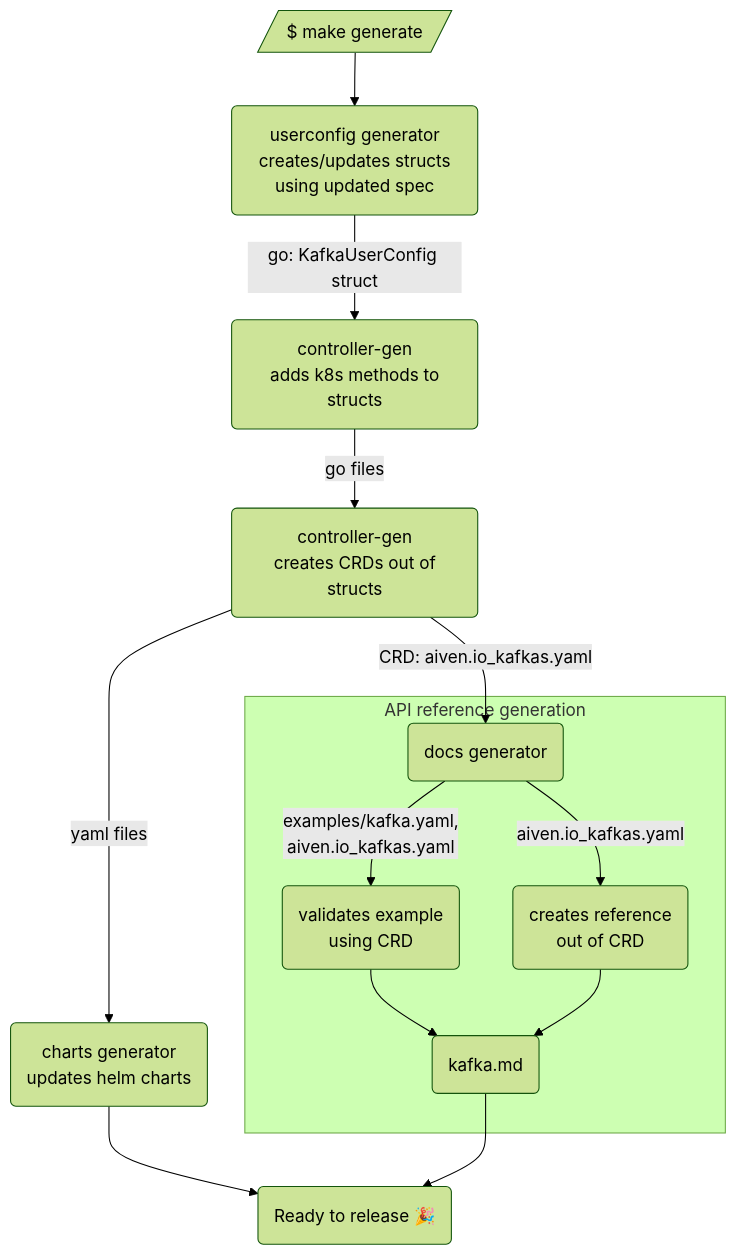
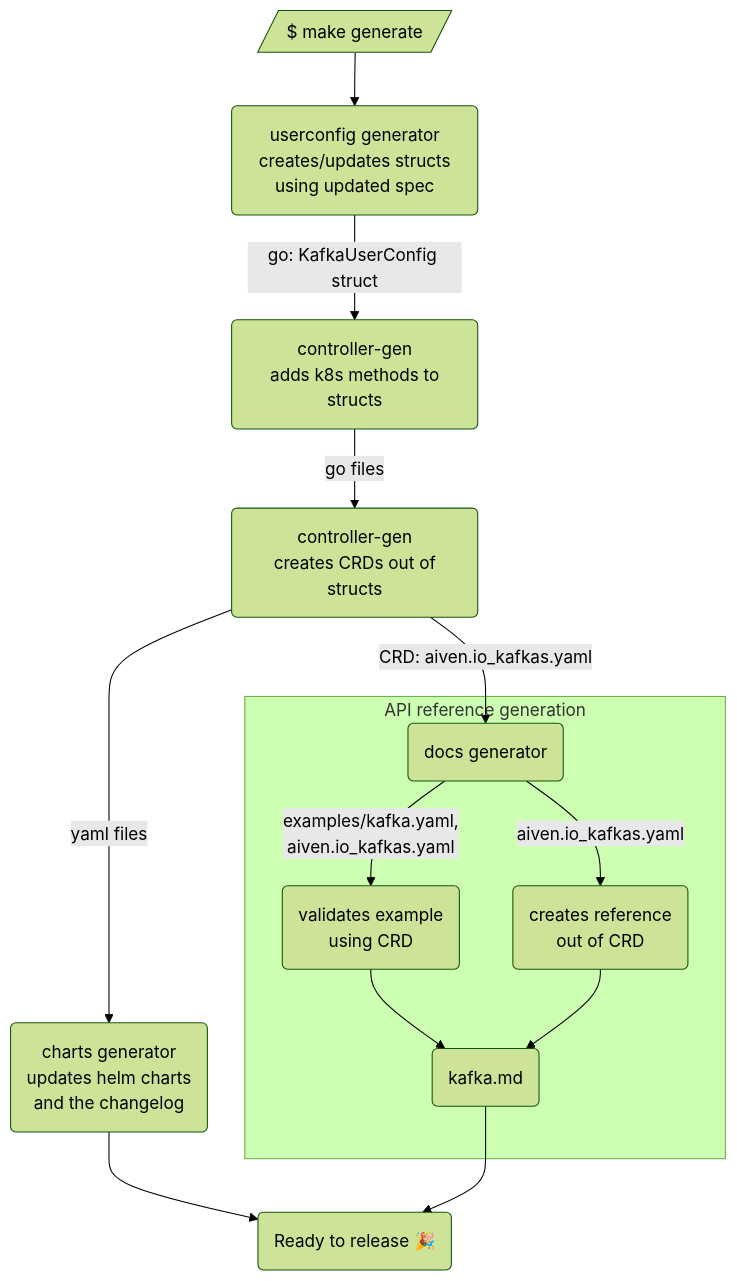
Before and after one commit to aiven/aiven-operator: the second of 2 diagrams in docs/docs/contributing/resource-generation.md, drawn with Mermaid (forest theme). The commit also changed other lines of this file and 6 other files, not shown here.

Commit message:
feat(release): crd changelog generator

````diff
--- a/docs/docs/contributing/resource-generation.md
+++ b/docs/docs/contributing/resource-generation.md
@@ -62,16 +63,16 @@
 ```mermaid
 flowchart TB
     Make[/$ make generate/]-->Generator(userconfig generator<br> creates/updates structs using updated spec)
     Generator-->|go: KafkaUserConfig struct| K8S(controller-gen<br> adds k8s methods to structs)
     K8S-->|go files| CRD(controller-gen<br> creates CRDs out of structs)
     CRD-->|CRD: aiven.io_kafkas.yaml| Docs(docs generator)
     subgraph API reference generation
         Docs-->|aiven.io_kafkas.yaml|Reference(creates reference<br> out of CRD)
         Docs-->|examples/kafka.yaml,<br> aiven.io_kafkas.yaml|Examples(validates example<br> using CRD)
         Examples--> Markdown(creates docs out of CRDs, adds examples)
         Reference-->Markdown(kafka.md)
     end
-    CRD-->|yaml files|Charts(charts generator<br> updates helm charts)
+    CRD-->|yaml files|Charts(charts generator<br> updates helm charts<br> and the changelog)
     Charts-->ToRelease("Ready to release 🎉")
     Markdown-->ToRelease
 ```
````
